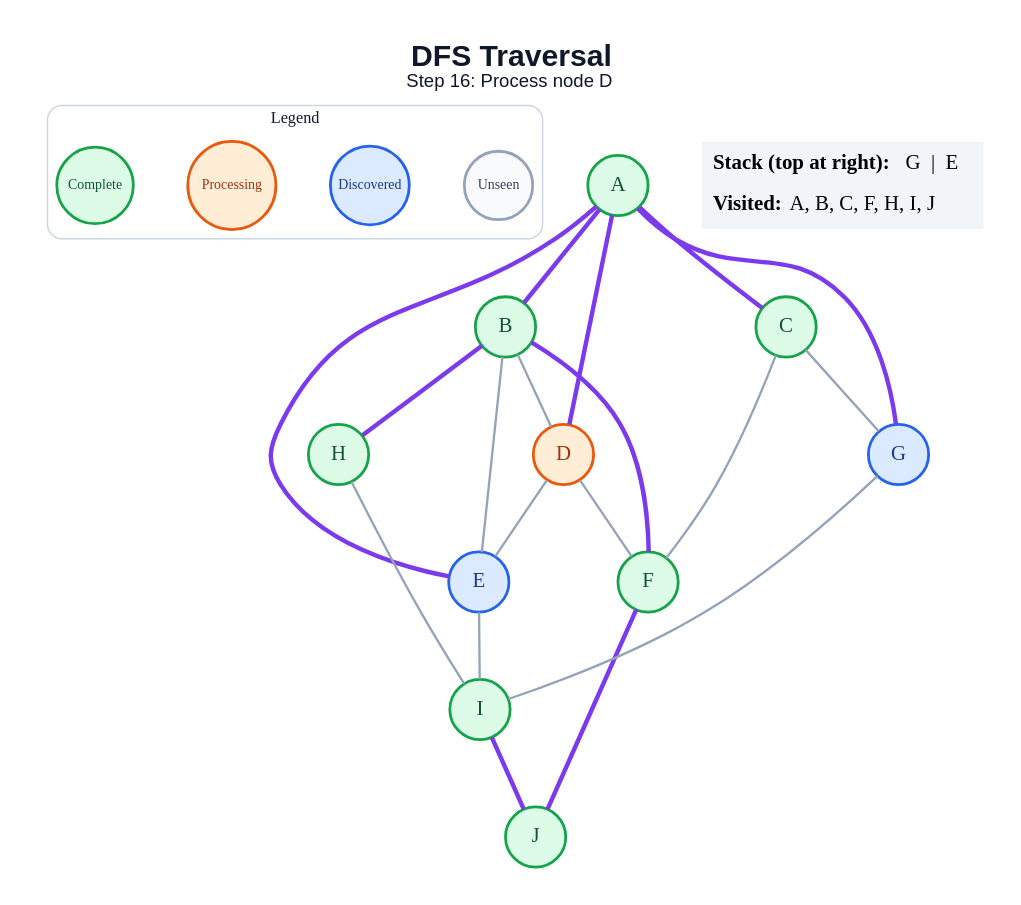
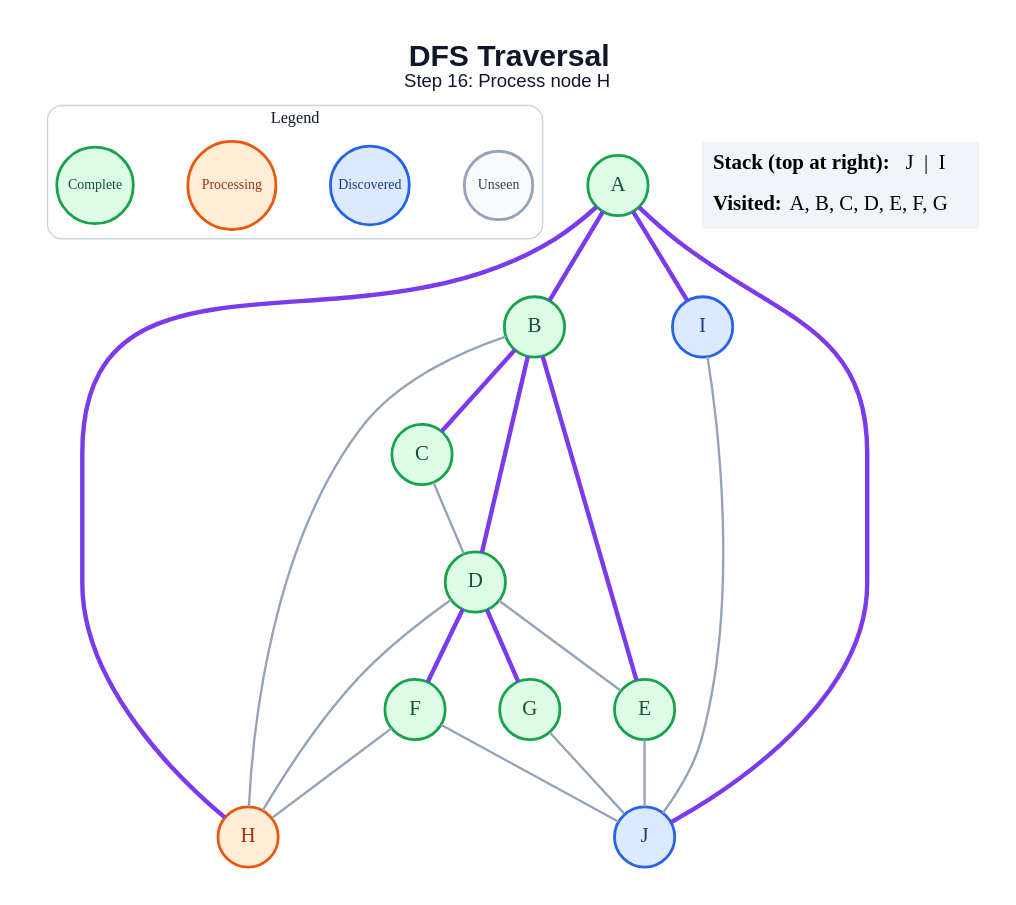
One commit to anon7238593-create/ai-slop changed the diagram in generated/dfs/step_16.dot. Above: the diagram before and after it, drawn with Graphviz. The commit also changed 178 other files, not shown here.

```diff
--- a/generated/dfs/step_16.dot
+++ b/generated/dfs/step_16.dot
@@ -1,47 +1,47 @@
 graph traversal {
   graph [layout=dot, rankdir=TB, bgcolor="#FFFFFF", pad="0.35", nodesep="0.65", ranksep="0.8", fontname="Arial"];
   node [shape=circle, style="filled", fontname="Arial Bold", fontsize=18, width=0.72, fixedsize=true, penwidth=2.4];
   edge [color="#94A3B8", penwidth=2.0];
-  label=<<B>DFS Traversal</B><BR/><FONT POINT-SIZE="16">Step 16: Process node D</FONT>>; labelloc="t"; fontsize=26; fontname="Arial"; fontcolor="#0F172A";
+  label=<<B>DFS Traversal</B><BR/><FONT POINT-SIZE="16">Step 16: Process node H</FONT>>; labelloc="t"; fontsize=26; fontname="Arial"; fontcolor="#0F172A";
   subgraph cluster_legend { label="Legend"; color="#CBD5E1"; penwidth=1.2; style="rounded"; fontsize=14; fontname="Arial Bold";
     key_unseen [label="Unseen", fillcolor="#F8FAFC", color="#94A3B8", fontcolor="#334155", fontsize=12, width=0.82];
     key_frontier [label="Discovered", fillcolor="#DBEAFE", color="#2563EB", fontcolor="#1E3A8A", fontsize=12, width=0.95];
     key_current [label="Processing", fillcolor="#FFEDD5", color="#EA580C", fontcolor="#9A3412", fontsize=12, width=1.05];
     key_done [label="Complete", fillcolor="#DCFCE7", color="#16A34A", fontcolor="#14532D", fontsize=12, width=0.92];
     { rank=same; key_unseen; key_frontier; key_current; key_done; }
   }
   A [fillcolor="#DCFCE7", color="#16A34A", fontcolor="#14532D"];
   B [fillcolor="#DCFCE7", color="#16A34A", fontcolor="#14532D"];
   C [fillcolor="#DCFCE7", color="#16A34A", fontcolor="#14532D"];
-  D [fillcolor="#FFEDD5", color="#EA580C", fontcolor="#9A3412"];
-  E [fillcolor="#DBEAFE", color="#2563EB", fontcolor="#1E3A8A"];
+  D [fillcolor="#DCFCE7", color="#16A34A", fontcolor="#14532D"];
+  E [fillcolor="#DCFCE7", color="#16A34A", fontcolor="#14532D"];
   F [fillcolor="#DCFCE7", color="#16A34A", fontcolor="#14532D"];
-  G [fillcolor="#DBEAFE", color="#2563EB", fontcolor="#1E3A8A"];
-  H [fillcolor="#DCFCE7", color="#16A34A", fontcolor="#14532D"];
-  I [fillcolor="#DCFCE7", color="#16A34A", fontcolor="#14532D"];
-  J [fillcolor="#DCFCE7", color="#16A34A", fontcolor="#14532D"];
+  G [fillcolor="#DCFCE7", color="#16A34A", fontcolor="#14532D"];
+  H [fillcolor="#FFEDD5", color="#EA580C", fontcolor="#9A3412"];
+  I [fillcolor="#DBEAFE", color="#2563EB", fontcolor="#1E3A8A"];
+  J [fillcolor="#DBEAFE", color="#2563EB", fontcolor="#1E3A8A"];
   A -- B [color="#7C3AED", penwidth=3.8];
-  A -- C [color="#7C3AED", penwidth=3.8];
-  A -- D [color="#7C3AED", penwidth=3.8];
-  A -- E [color="#7C3AED", penwidth=3.8];
-  A -- G [color="#7C3AED", penwidth=3.8];
-  B -- D;
-  B -- E;
-  B -- F [color="#7C3AED", penwidth=3.8];
-  B -- H [color="#7C3AED", penwidth=3.8];
-  C -- F;
-  C -- G;
+  A -- H [color="#7C3AED", penwidth=3.8];
+  A -- I [color="#7C3AED", penwidth=3.8];
+  A -- J [color="#7C3AED", penwidth=3.8];
+  B -- C [color="#7C3AED", penwidth=3.8];
+  B -- D [color="#7C3AED", penwidth=3.8];
+  B -- E [color="#7C3AED", penwidth=3.8];
+  B -- H;
+  C -- D;
   D -- E;
-  D -- F;
-  E -- I;
-  F -- J [color="#7C3AED", penwidth=3.8];
-  G -- I;
-  H -- I;
-  I -- J [color="#7C3AED", penwidth=3.8];
+  D -- F [color="#7C3AED", penwidth=3.8];
+  D -- G [color="#7C3AED", penwidth=3.8];
+  D -- H;
+  E -- J;
+  F -- H;
+  F -- J;
+  G -- J;
+  I -- J;
   status [shape=plain, fixedsize=false, width=0, height=0, margin=0, label=<
     <TABLE BORDER="0" CELLBORDER="0" CELLPADDING="7" BGCOLOR="#F1F5F9">
-      <TR><TD ALIGN="LEFT"><B>Stack (top at right):</B> G  |  E</TD></TR>
-      <TR><TD ALIGN="LEFT"><B>Visited:</B> A, B, C, F, H, I, J</TD></TR>
+      <TR><TD ALIGN="LEFT"><B>Stack (top at right):</B> J  |  I</TD></TR>
+      <TR><TD ALIGN="LEFT"><B>Visited:</B> A, B, C, D, E, F, G</TD></TR>
     </TABLE>
   >];
 }
```
